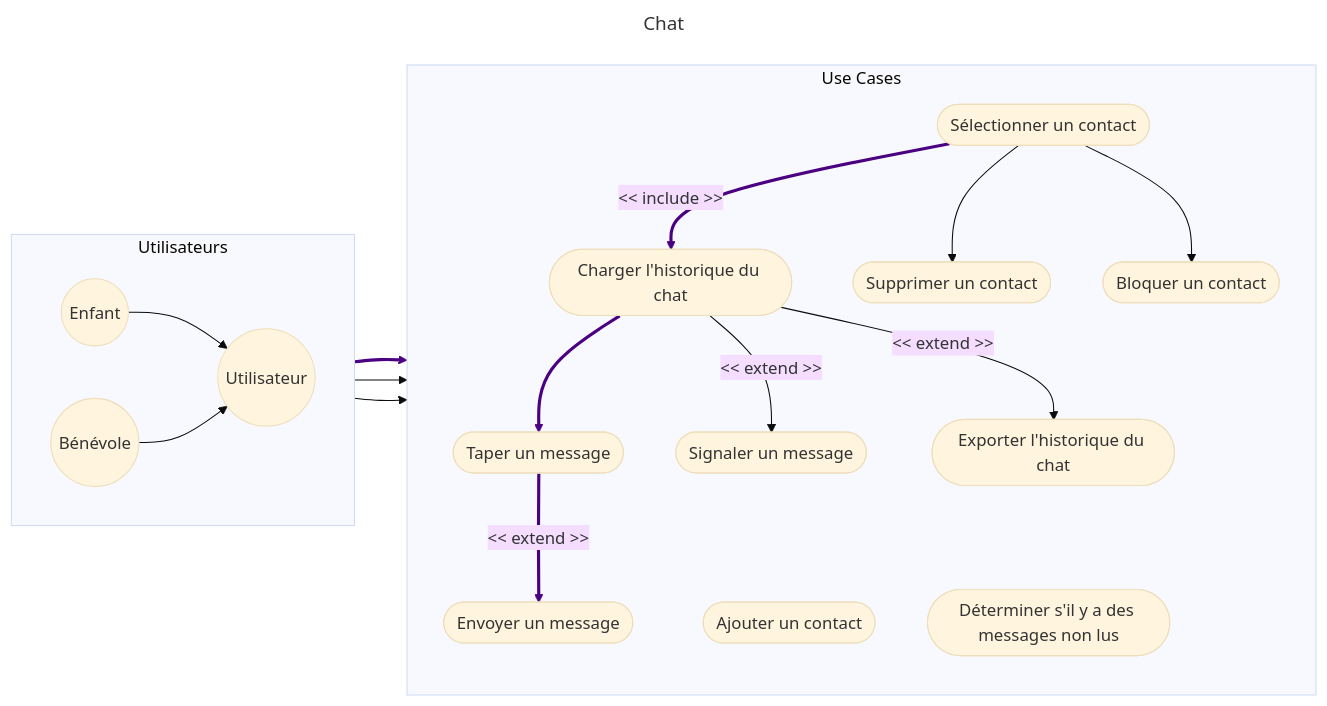
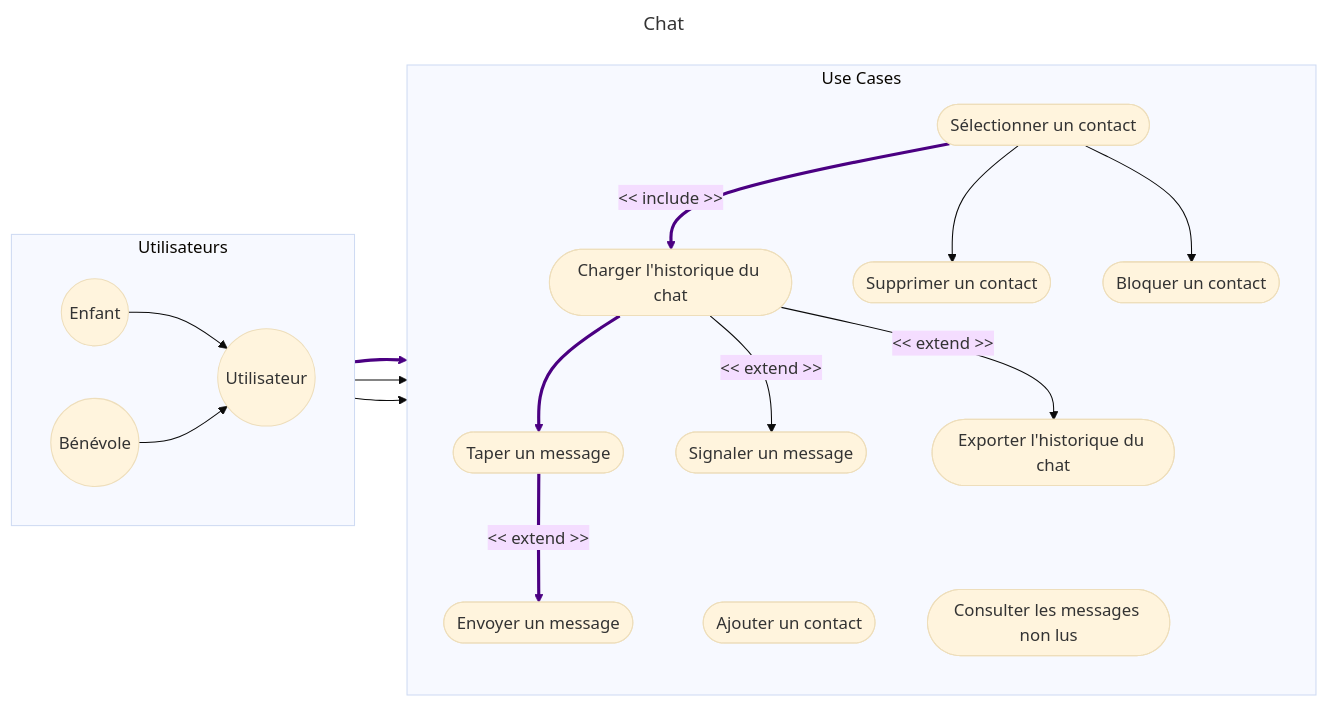
One commit to alexiGrigorov/OCPR09-Learn-Home changed the diagram in 1-Diagrammes_de_cas_d’usage/2-Chat.mmd. Above: the diagram before and after it, drawn with Mermaid (base theme). The commit also changed 3 other files, not shown here.

```diff
--- a/1-Diagrammes_de_cas_d’usage/2-Chat.mmd
+++ b/1-Diagrammes_de_cas_d’usage/2-Chat.mmd
@@ -1,46 +1,46 @@
 ---
 title: Chat
 ---
 flowchart LR
     %% Defining Actors
     subgraph "Utilisateurs"
         direction LR
         Student(("Enfant"))
         Volunteer(("Bénévole"))
         User(("Utilisateur"))
         %% Inheritance
         Student --> User
         Volunteer --> User
     end
 
     %% Defining Use Cases
     subgraph "Use Cases"
         direction TB
         UC_SelectContact(["Sélectionner un contact"])
         UC_LoadChat(["Charger l'historique du chat"])
         UC_TypeMessage(["Taper un message"])
         UC_SendMessage(["Envoyer un message"])
         UC_AddContact(["Ajouter un contact"])
         UC_RemoveContact(["Supprimer un contact"])
         UC_ReportContact(["Signaler un message"])
         UC_BlockContact(["Bloquer un contact"])
         UC_ExportChat(["Exporter l'historique du chat"])
-        UC_SeeUnreadMessage(["Déterminer s'il y a des messages non lus"])
+        UC_SeeUnreadMessage(["Consulter les messages non lus"])
     end
 
     %% Actor to Use Case Relationships
     User --> UC_SelectContact
     User --> UC_AddContact
     User --> UC_SeeUnreadMessage
 
     %% Intra Use Case Relationships
     UC_SelectContact -->|<< include >>| UC_LoadChat
     UC_LoadChat --> UC_TypeMessage
     UC_TypeMessage -->|<< extend >>| UC_SendMessage
     UC_LoadChat -->|<< extend >>| UC_ReportContact
     UC_LoadChat -->|<< extend >>| UC_ExportChat
     UC_SelectContact --> UC_RemoveContact
     UC_SelectContact --> UC_BlockContact
 
     %% Critical Paths
     linkStyle 2,5,6,7 stroke:indigo,stroke-width:3px;
```
